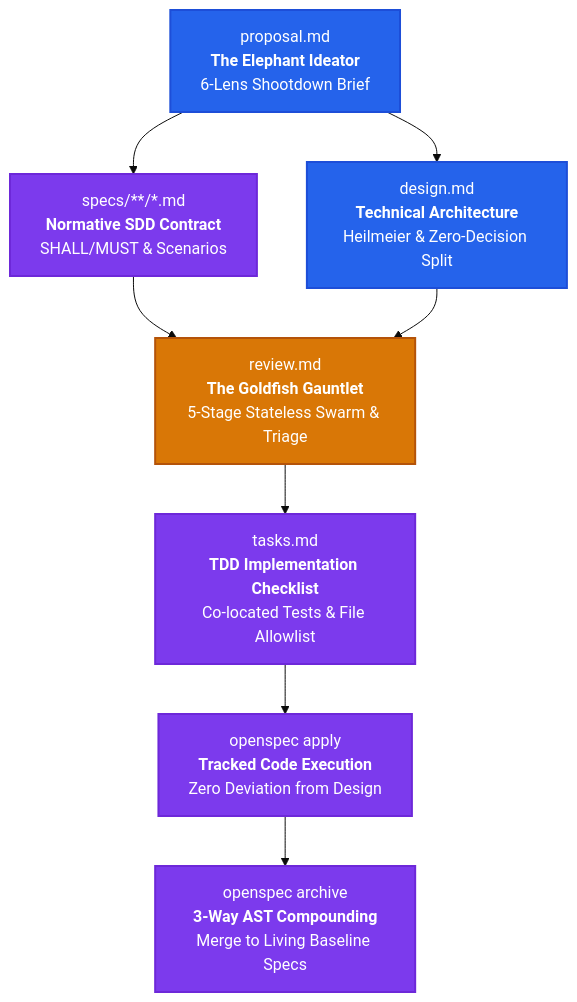
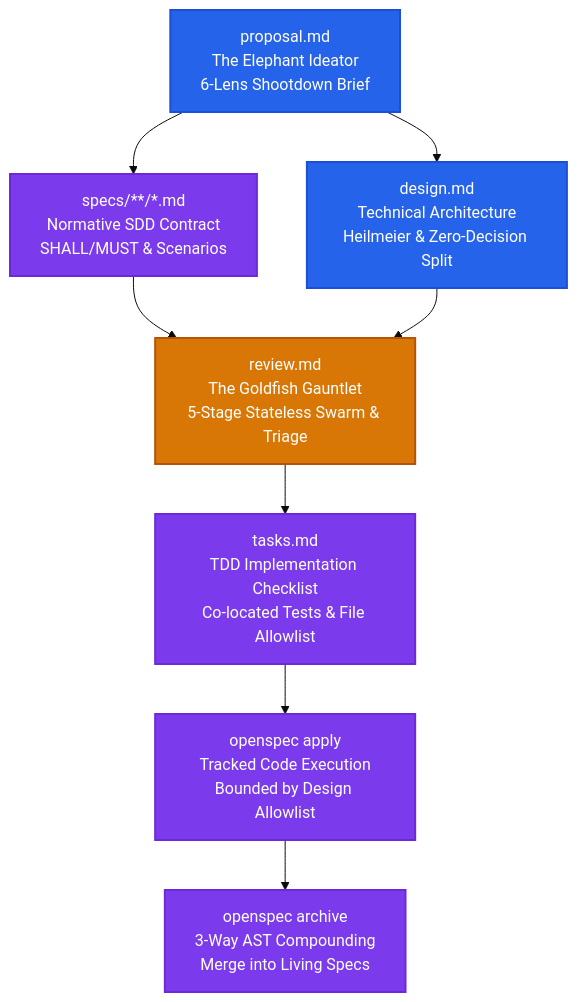
One commit to lutfi-zain/openspec-schema-egm changed the diagram in README.md. Above: the diagram before and after it, drawn with Mermaid (base theme). The commit also changed other lines of this file, not shown here.

````diff
--- a/README.md
+++ b/README.md
@@ -40,14 +47,14 @@
 ```mermaid
 graph TD
     classDef elephant fill:#2563eb,stroke:#1d4ed8,stroke-width:2px,color:#fff;
     classDef goldfish fill:#d97706,stroke:#b45309,stroke-width:2px,color:#fff;
     classDef openspec fill:#7c3aed,stroke:#6d28d9,stroke-width:2px,color:#fff;
 
-    P[proposal.md<br/><b>The Elephant Ideator</b><br/>6-Lens Shootdown Brief]:::elephant --> S[specs/**/*.md<br/><b>Normative SDD Contract</b><br/>SHALL/MUST & Scenarios]:::openspec
-    P --> D[design.md<br/><b>Technical Architecture</b><br/>Heilmeier & Zero-Decision Split]:::elephant
-    S --> R[review.md<br/><b>The Goldfish Gauntlet</b><br/>5-Stage Stateless Swarm & Triage]:::goldfish
+    P[proposal.md<br/>The Elephant Ideator<br/>6-Lens Shootdown Brief]:::elephant --> S[specs/**/*.md<br/>Normative SDD Contract<br/>SHALL/MUST & Scenarios]:::openspec
+    P --> D[design.md<br/>Technical Architecture<br/>Heilmeier & Zero-Decision Split]:::elephant
+    S --> R[review.md<br/>The Goldfish Gauntlet<br/>5-Stage Stateless Swarm & Triage]:::goldfish
     D --> R
-    R --> T[tasks.md<br/><b>TDD Implementation Checklist</b><br/>Co-located Tests & File Allowlist]:::openspec
-    T --> AP[openspec apply<br/><b>Tracked Code Execution</b><br/>Zero Deviation from Design]:::openspec
-    AP --> AR[openspec archive<br/><b>3-Way AST Compounding</b><br/>Merge to Living Baseline Specs]:::openspec
+    R --> T[tasks.md<br/>TDD Implementation Checklist<br/>Co-located Tests & File Allowlist]:::openspec
+    T --> AP[openspec apply<br/>Tracked Code Execution<br/>Bounded by Design Allowlist]:::openspec
+    AP --> AR[openspec archive<br/>3-Way AST Compounding<br/>Merge into Living Specs]:::openspec
 ```
````
